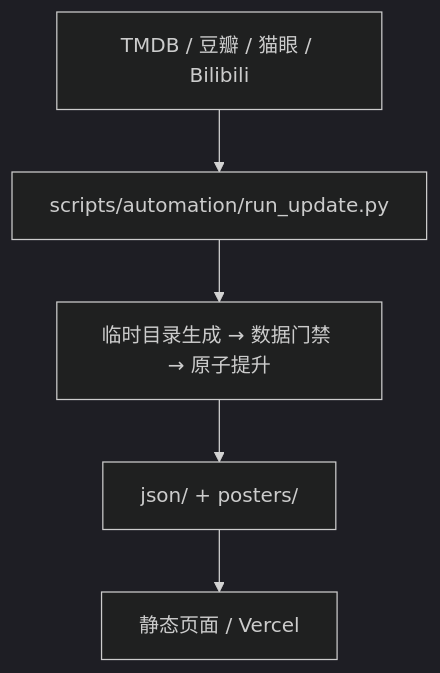
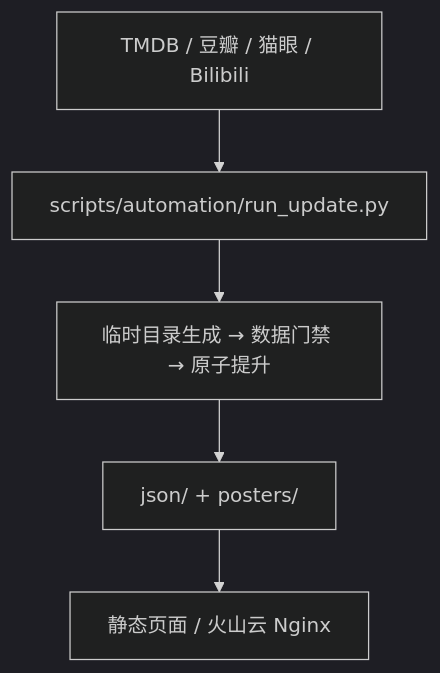
One commit to lrwei91/CineScope changed the diagram in README.md. Above: the diagram before and after it, drawn with Mermaid (dark theme). The commit also changed other lines of this file and 14 other files, not shown here.

````diff
--- a/README.md
+++ b/README.md
@@ -56,9 +56,9 @@
 ```mermaid
 flowchart TB
   SRC["TMDB / 豆瓣 / 猫眼 / Bilibili"]
   RUN["scripts/automation/run_update.py"]
   PIPE["临时目录生成 → 数据门禁 → 原子提升"]
   DATA["json/ + posters/"]
-  PAGE["静态页面 / Vercel"]
+  PAGE["静态页面 / 火山云 Nginx"]
   SRC --> RUN --> PIPE --> DATA --> PAGE
 ```
````
